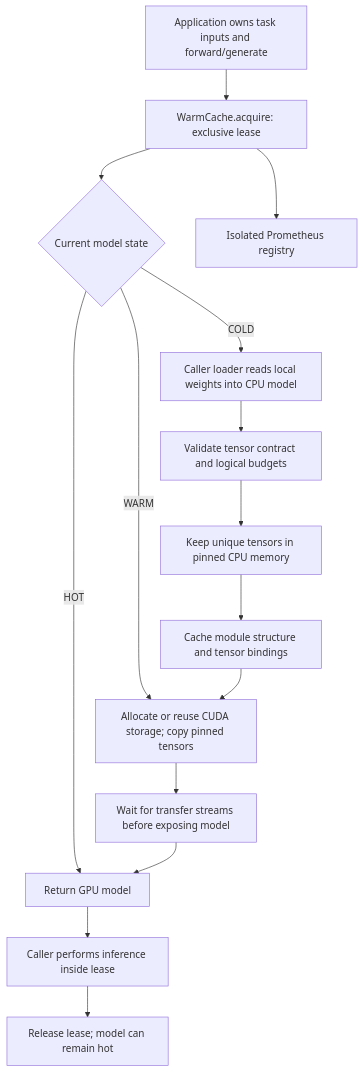
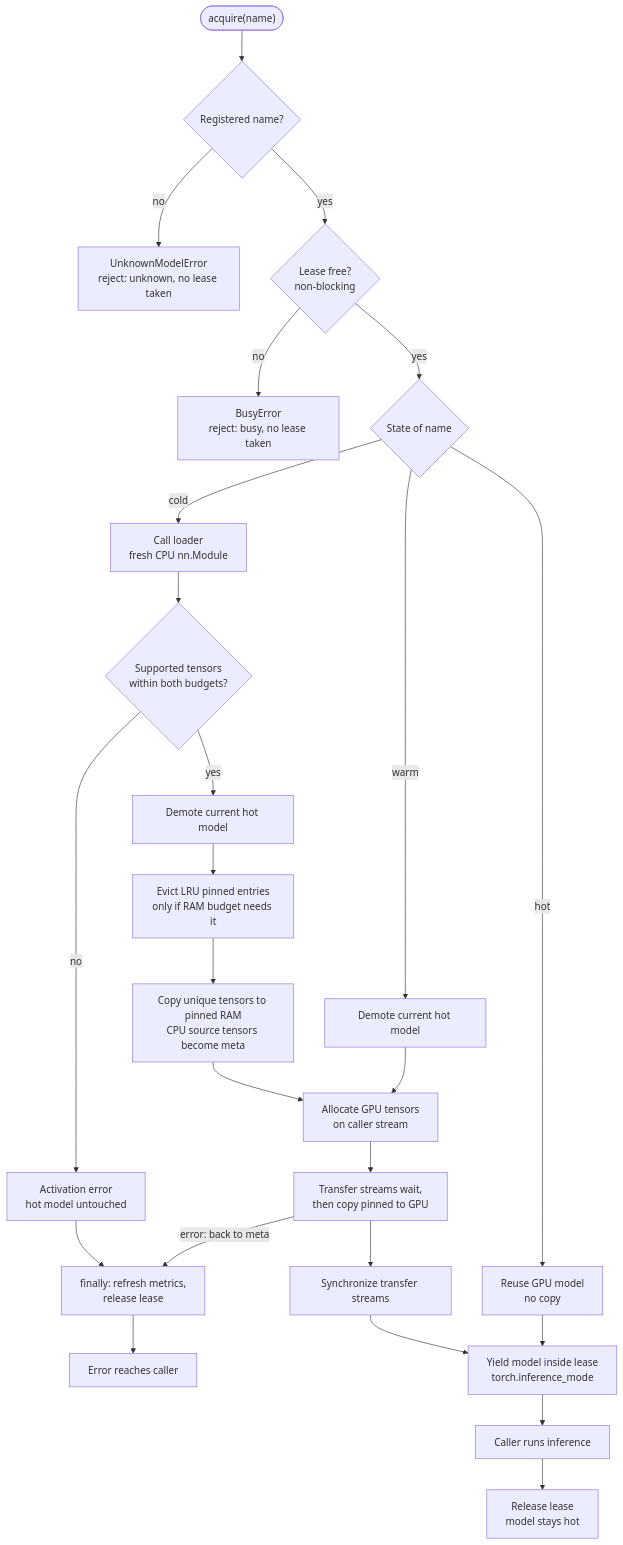
Before and after one commit to shellnet68/model-swapper: the first of 2 diagrams in ARCHITECTURE.md, drawn with Mermaid. The commit also changed other lines of this file and 1 other file, not shown here.

Commit message:
docs: add architecture and request flow (#2)
Publish the checked profile asset and source-backed documentation.

````diff
--- a/ARCHITECTURE.md
+++ b/ARCHITECTURE.md
@@ -15,17 +17,27 @@
 ```mermaid
 flowchart TD
-    Caller["Application owns task inputs and forward/generate"] --> Lease["WarmCache.acquire: exclusive lease"]
-    Lease --> State{"Current model state"}
-    State -->|HOT| Ready["Return GPU model"]
-    State -->|WARM| Restore["Allocate or reuse CUDA storage; copy pinned tensors"]
-    State -->|COLD| Loader["Caller loader reads local weights into CPU model"]
-    Loader --> Validate["Validate tensor contract and logical budgets"]
-    Validate --> Pin["Keep unique tensors in pinned CPU memory"]
-    Pin --> Metadata["Cache module structure and tensor bindings"]
-    Metadata --> Restore
-    Restore --> Wait["Wait for transfer streams before exposing model"]
-    Wait --> Ready
-    Ready --> Inference["Caller performs inference inside lease"]
-    Inference --> Release["Release lease; model can remain hot"]
-    Lease --> Metrics["Isolated Prometheus registry"]
+    Start(["acquire(name)"]) --> Known{"Registered name?"}
+    Known -->|"no"| Unknown["UnknownModelError<br/>reject: unknown, no lease taken"]
+    Known -->|"yes"| Free{"Lease free?<br/>non-blocking"}
+    Free -->|"no"| Busy["BusyError<br/>reject: busy, no lease taken"]
+    Free -->|"yes"| State{"State of name"}
+    State -->|"hot"| Reuse["Reuse GPU model<br/>no copy"]
+    State -->|"warm"| DemoteW["Demote current hot model"]
+    State -->|"cold"| Load["Call loader<br/>fresh CPU nn.Module"]
+    Load --> Check{"Supported tensors<br/>within both budgets?"}
+    Check -->|"no"| Reject["Activation error<br/>hot model untouched"]
+    Reject --> Finally["finally: refresh metrics,<br/>release lease"]
+    Finally --> Raise["Error reaches caller"]
+    Check -->|"yes"| DemoteC["Demote current hot model"]
+    DemoteC --> Evict["Evict LRU pinned entries<br/>only if RAM budget needs it"]
+    Evict --> Pin["Copy unique tensors to pinned RAM<br/>CPU source tensors become meta"]
+    Pin --> Alloc["Allocate GPU tensors<br/>on caller stream"]
+    DemoteW --> Alloc
+    Alloc --> Copy["Transfer streams wait,<br/>then copy pinned to GPU"]
+    Copy -->|"error: back to meta"| Finally
+    Copy --> Sync["Synchronize transfer streams"]
+    Sync --> Yield
+    Reuse --> Yield["Yield model inside lease<br/>torch.inference_mode"]
+    Yield --> Infer["Caller runs inference"]
+    Infer --> Release["Release lease<br/>model stays hot"]
 ```
````
